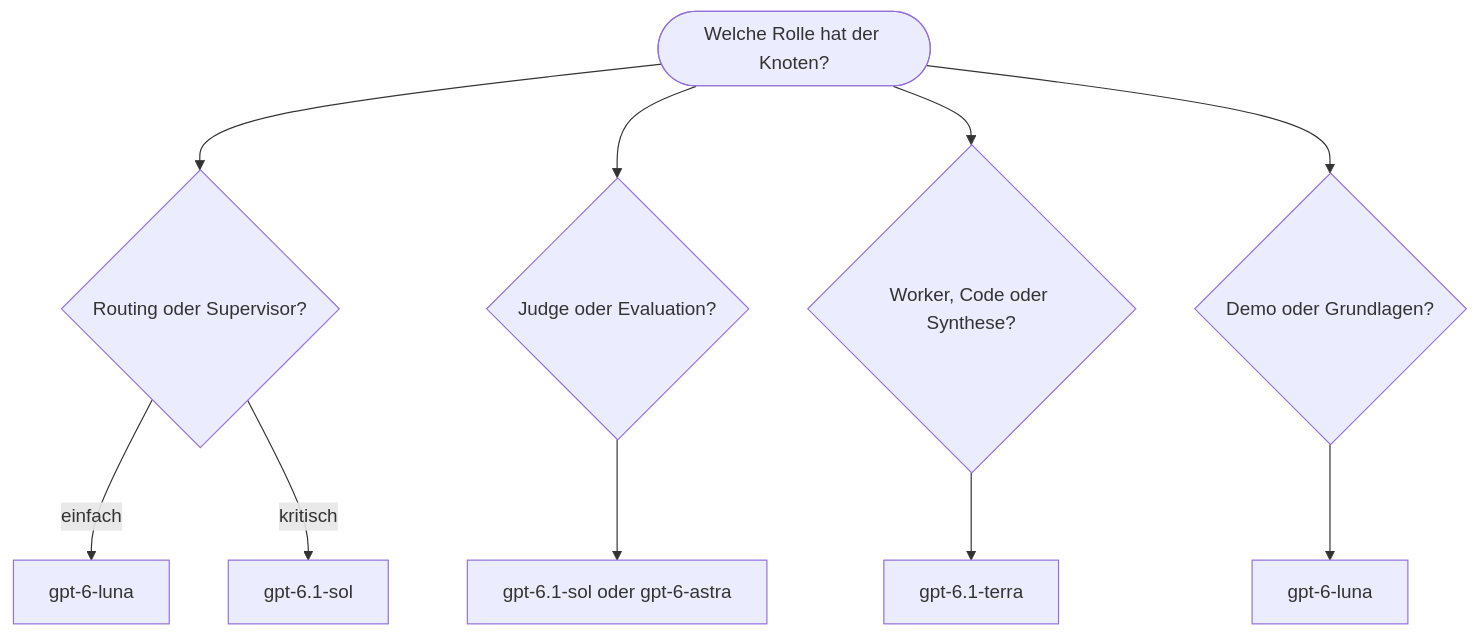
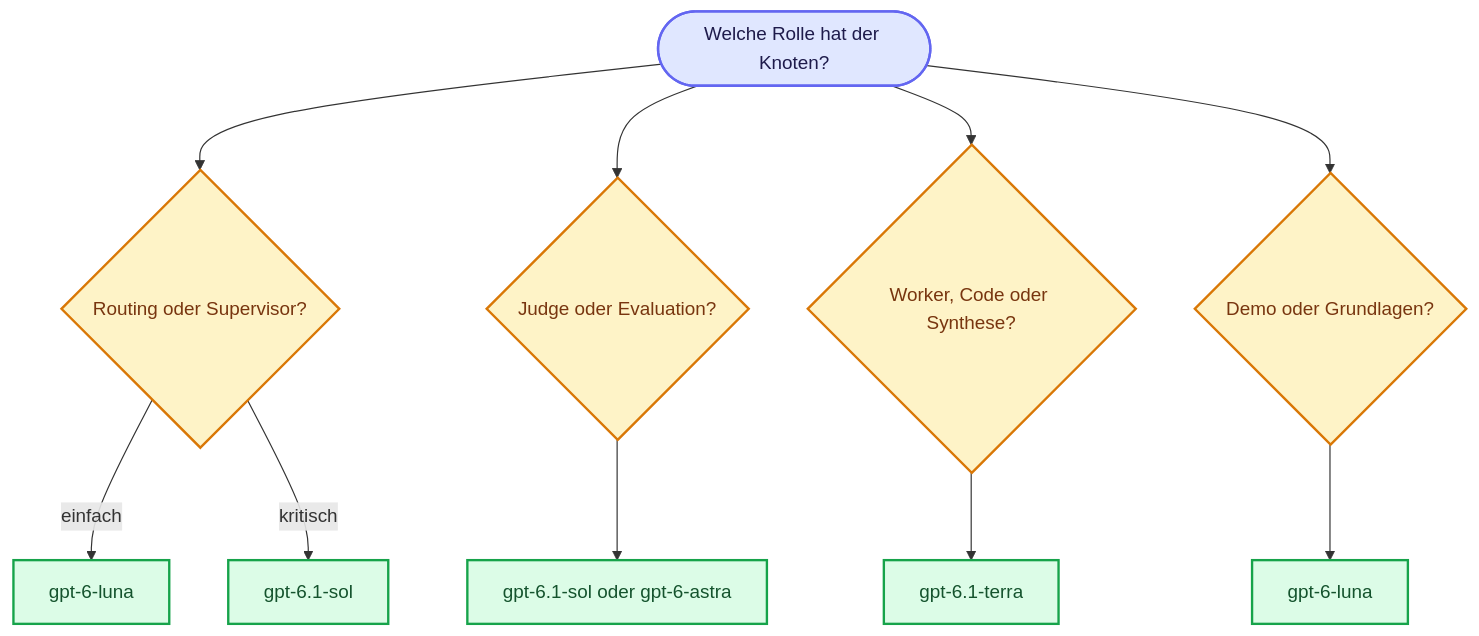
One commit to ralf-42/Agenten changed the first of 2 diagrams in docs/03-modelle-provider-anpassung/modellauswahl.md. Above: the diagram before and after it, drawn with Mermaid. The commit also changed 18 other files, not shown here.

````diff
--- a/docs/03-modelle-provider-anpassung/modellauswahl.md
+++ b/docs/03-modelle-provider-anpassung/modellauswahl.md
@@ -101,14 +101,23 @@
 ```mermaid
 flowchart TD
     START(["Welche Rolle hat der Knoten?"])
     START --> R{"Routing oder Supervisor?"}
     START --> J{"Judge oder Evaluation?"}
     START --> W{"Worker, Code oder Synthese?"}
     START --> D{"Demo oder Grundlagen?"}
 
     R -->|einfach| ROUTER["gpt-6-luna"]
     R -->|kritisch| SUP["gpt-6.1-sol"]
     J --> JUDGE["gpt-6.1-sol oder gpt-6-astra"]
     W --> WORKER["gpt-6.1-terra"]
     D --> BASE["gpt-6-luna"]
+
+    classDef default fill:#e0f2fe,stroke:#0284c7,stroke-width:2px,color:#0c4a6e;
+    classDef input fill:#e0e7ff,stroke:#6366f1,stroke-width:2px,color:#1e1b4b;
+    classDef metric fill:#fef3c7,stroke:#d97706,stroke-width:2px,color:#78350f;
+    classDef output fill:#dcfce7,stroke:#16a34a,stroke-width:2px,color:#14532d;
+
+    class START input;
+    class R,J,W,D metric;
+    class ROUTER,SUP,JUDGE,WORKER,BASE output;
 ```
````
